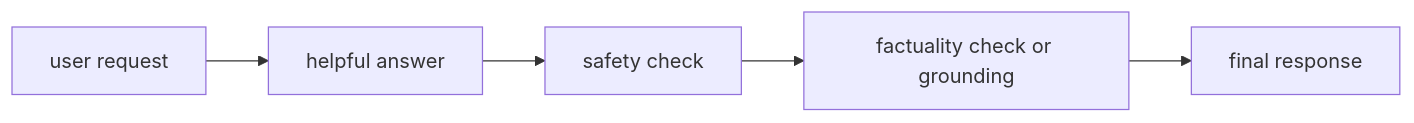
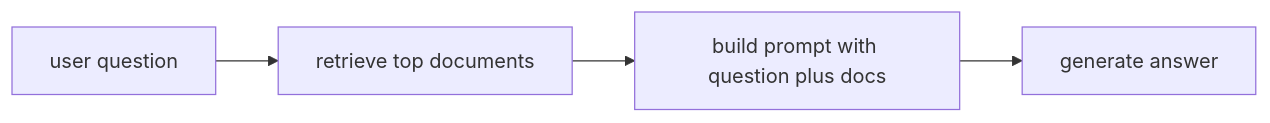
The diagram in docs/parts/part-05/chapter-10/section-02.md (devchan64/AiBook), drawn with Mermaid before and after one commit. The commit also changed other lines of this file and 47 other files, not shown here.

````diff
--- a/docs/parts/part-05/chapter-10/section-02.md
+++ b/docs/parts/part-05/chapter-10/section-02.md
@@ -94,13 +97,9 @@
 ```mermaid
 flowchart LR
-  A["user request"]
-  B["helpful answer"]
-  C["safety check"]
-  D["factuality check or grounding"]
-  E["final response"]
+  A["user question"]
+  B["retrieve top documents"]
+  C["build prompt with question plus docs"]
+  D["generate answer"]
 
-  A --> B
-  B --> C
-  C --> D
-  D --> E
+  A --> B --> C --> D
 ```
````
